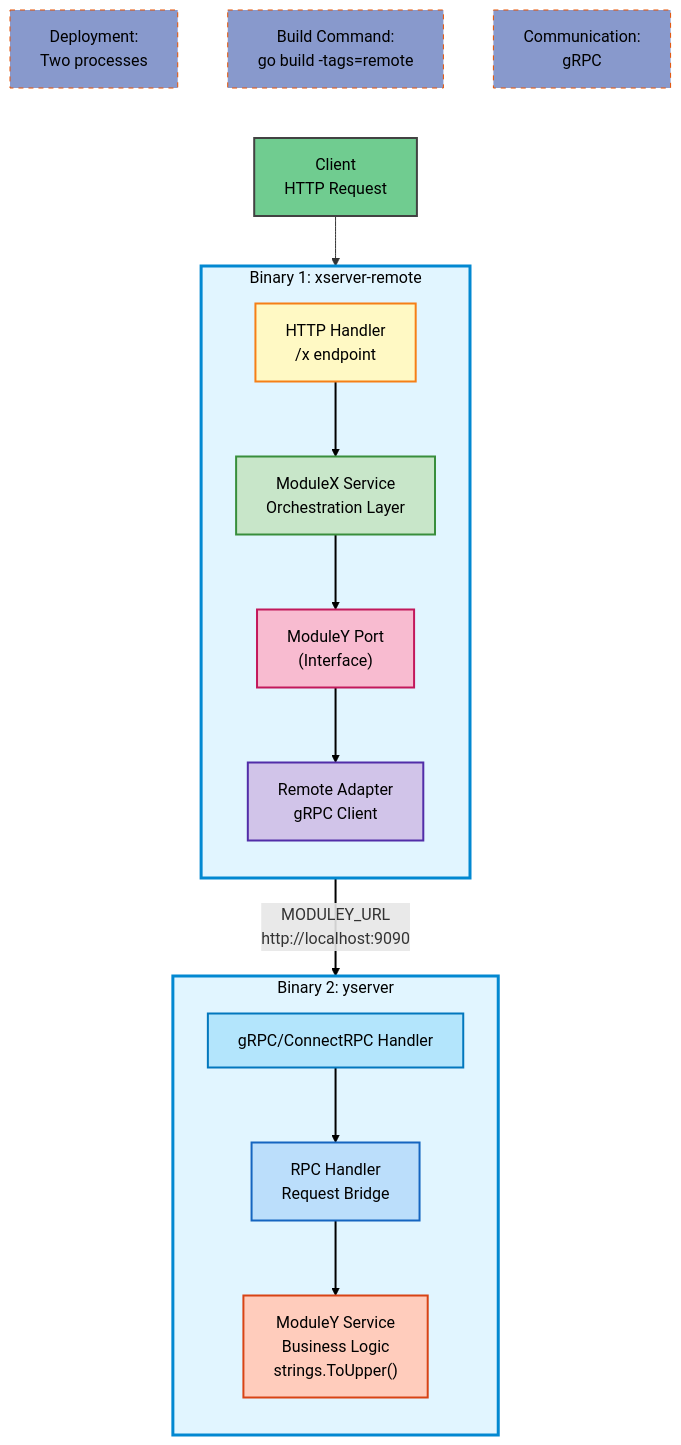
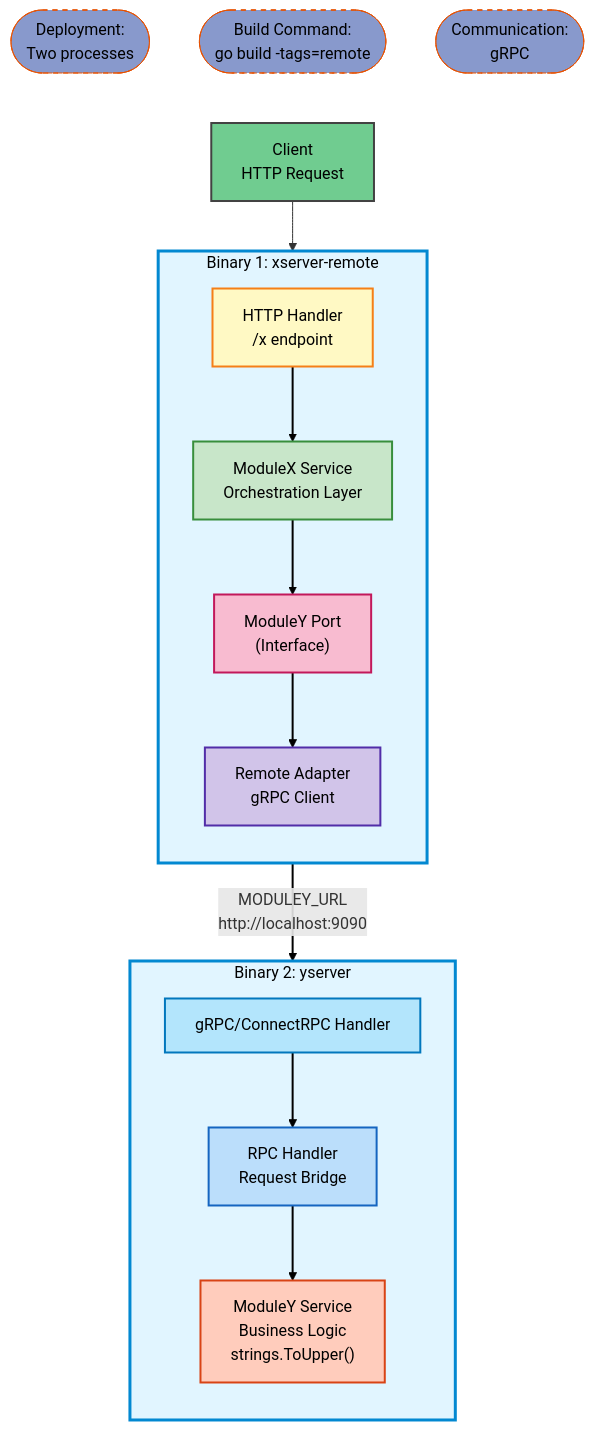
One commit to arbitraryusername/mono-to-micro-poc changed the diagram in docs/remote_diagram.md. Above: the diagram before and after it, drawn with Mermaid. The commit also changed 1 other file, not shown here.

Commit message:
make note boxes ovals to differentiate them from the actual workflow diagram components

````diff
--- a/docs/remote_diagram.md
+++ b/docs/remote_diagram.md
@@ -1,53 +1,53 @@
 ```mermaid
 graph TB
-    note3["Deployment:<br/>Two processes"]
-    note1["Build Command:<br/>go build -tags=remote"]
-    note2["Communication:<br/>gRPC"]
+    note3(["Deployment:<br/>Two processes"])
+    note1(["Build Command:<br/>go build -tags=remote"])
+    note2(["Communication:<br/>gRPC"])
 
     client["Client<br/>HTTP Request"]
 
     subgraph binary1["Binary 1: xserver-remote"]
         direction TB
         http["HTTP Handler<br/>/x endpoint"]
         modulex["ModuleX Service<br/>Orchestration Layer"]
         port["ModuleY Port<br/>(Interface)"]
         adapter["Remote Adapter<br/>gRPC Client"]
     end
 
     subgraph binary2["Binary 2: yserver"]
         direction TB
         grpc["gRPC/ConnectRPC Handler"]
         rpcHandler["RPC Handler<br/>Request Bridge"]
         moduley["ModuleY Service<br/>Business Logic<br/>strings.ToUpper()"]
     end
 
     client --> http
 
     note3 ~~~ client
     note1 ~~~ client
     note2 ~~~ client
 
     http --> modulex
     modulex --> port
     port --> adapter
     adapter -- "MODULEY_URL<br/>http://localhost:9090" --> grpc
     grpc --> rpcHandler
     rpcHandler --> moduley
 
     style binary1 fill:#e1f5ff,stroke:#0288d1,stroke-width:3px,color:#000000
     style binary2 fill:#e1f5ff,stroke:#0288d1,stroke-width:3px,color:#000000
     style http fill:#fff9c4,stroke:#f57f17,stroke-width:2px,color:#000000
     style modulex fill:#c8e6c9,stroke:#388e3c,stroke-width:2px,color:#000000
     style port fill:#f8bbd0,stroke:#c2185b,stroke-width:2px,color:#000000
     style adapter fill:#d1c4e9,stroke:#512da8,stroke-width:2px,color:#000000
     style grpc fill:#b3e5fc,stroke:#0277bd,stroke-width:2px,color:#000000
     style rpcHandler fill:#bbdefb,stroke:#1565c0,stroke-width:2px,color:#000000
     style moduley fill:#ffccbc,stroke:#d84315,stroke-width:2px,color:#000000
     style client fill:#70cc90,stroke:#424242,stroke-width:2px,color:#000000
 
     style note1 fill:#89C,stroke:#e65100,stroke-width:1px,stroke-dasharray: 5 5,color:#000000
     style note2 fill:#89C,stroke:#e65100,stroke-width:1px,stroke-dasharray: 5 5,color:#000000
     style note3 fill:#89C,stroke:#e65100,stroke-width:1px,stroke-dasharray: 5 5,color:#000000
 
     linkStyle 4,5,6,7,8,9 stroke:#000000,stroke-width:2px
 ```
````
